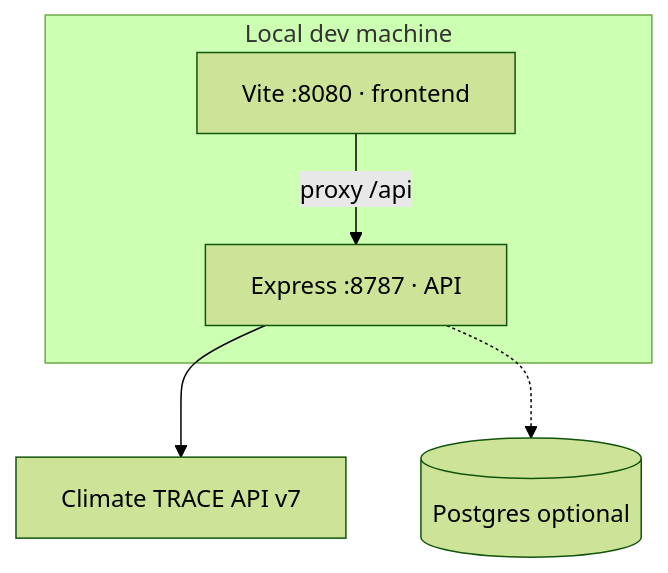
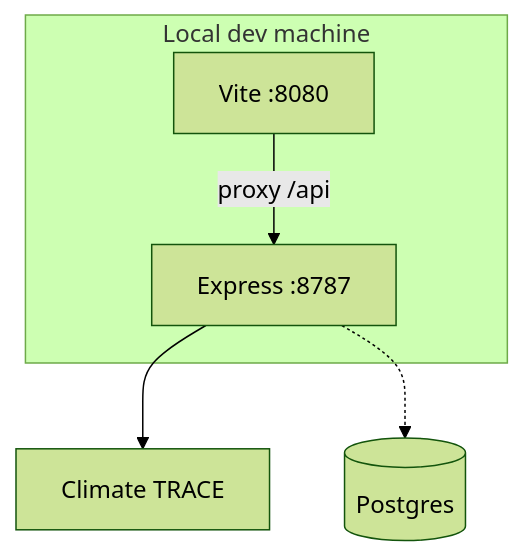
The second of 10 diagrams in docs/SYSTEM_DESIGN.md (tseten14/NDC-Dashboard), drawn with Mermaid (forest theme) before and after one commit. The commit also changed other lines of this file and 2 other files, not shown here.

First line of the commit message:
Fix system design Mermaid labels so text stays inside node boxes.

````diff
--- a/docs/SYSTEM_DESIGN.md
+++ b/docs/SYSTEM_DESIGN.md
@@ -56,14 +56,14 @@
 ```mermaid
 flowchart TB
-  subgraph DevMachine["Local dev machine"]
-    Vite["Vite :8080 · frontend"]
-    Express["Express :8787 · API"]
+  subgraph DevMachine[Local dev machine]
+    Vite[Vite :8080]
+    Express[Express :8787]
   end
 
-  CT[Climate TRACE API v7]
-  PGlocal[(Postgres optional)]
+  CT[Climate TRACE]
+  PGlocal[(Postgres)]
 
   Vite -->|proxy /api| Express
   Express --> CT
   Express -.-> PGlocal
 ```
````
